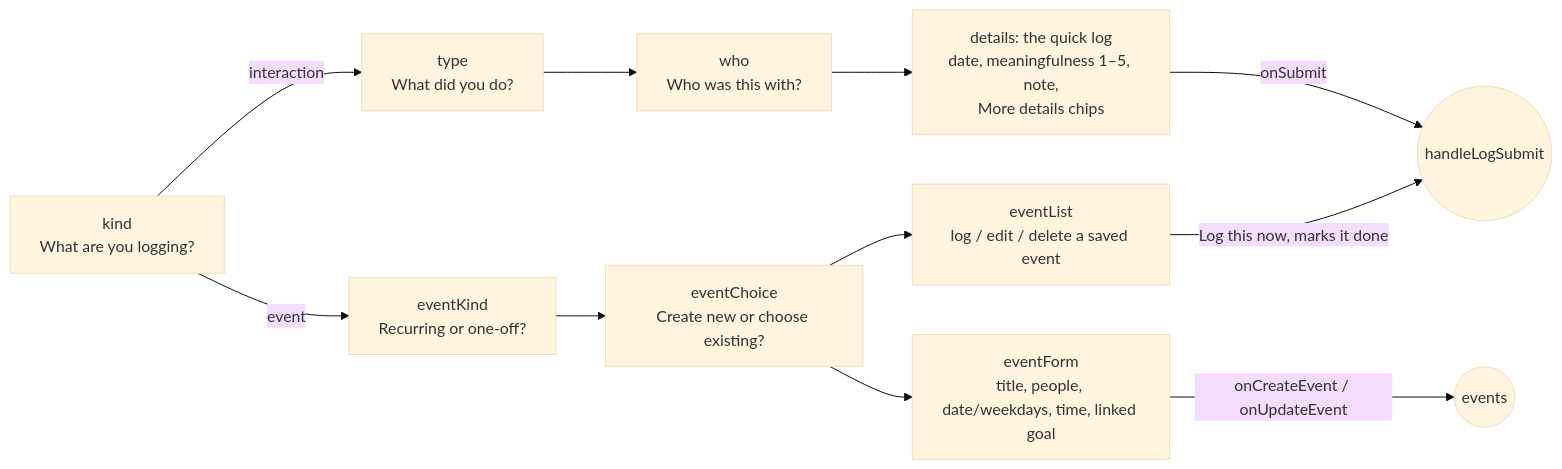
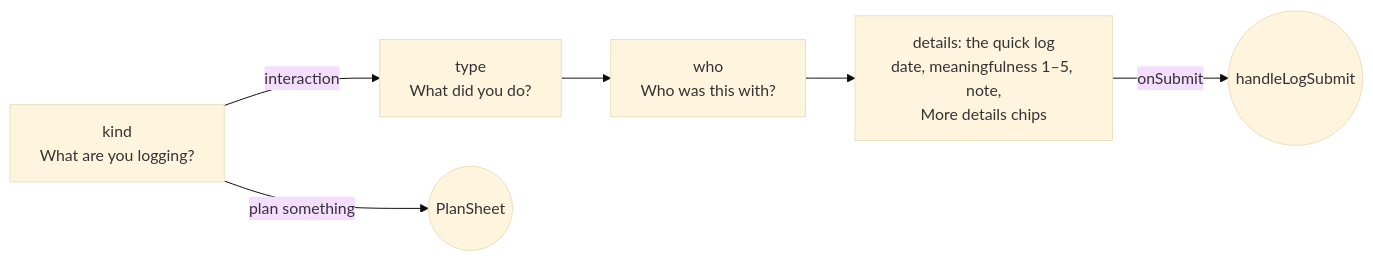
The second of 2 diagrams in docs/renderer/app-structure.md (CastledRuby/layers-app), drawn with Mermaid (base theme) before and after one commit. The commit also changed other lines of this file and 41 other files, not shown here.

````diff
--- a/docs/renderer/app-structure.md
+++ b/docs/renderer/app-structure.md
@@ -137,13 +141,8 @@
 ```mermaid
 flowchart LR
   kind[kind<br/>What are you logging?] -->|interaction| type[type<br/>What did you do?]
   type --> who[who<br/>Who was this with?]
   who --> details[details: the quick log<br/>date, meaningfulness 1–5, note,<br/>More details chips]
   details -->|onSubmit| done((handleLogSubmit))
-  kind -->|event| eventKind[eventKind<br/>Recurring or one-off?]
-  eventKind --> eventChoice[eventChoice<br/>Create new or choose existing?]
-  eventChoice --> eventForm[eventForm<br/>title, people, date/weekdays, time, linked goal]
-  eventChoice --> eventList[eventList<br/>log / edit / delete a saved event]
-  eventForm -->|onCreateEvent / onUpdateEvent| saved((events))
-  eventList -->|Log this now, marks it done| done
+  kind -->|plan something| plan((PlanSheet))
 ```
````
